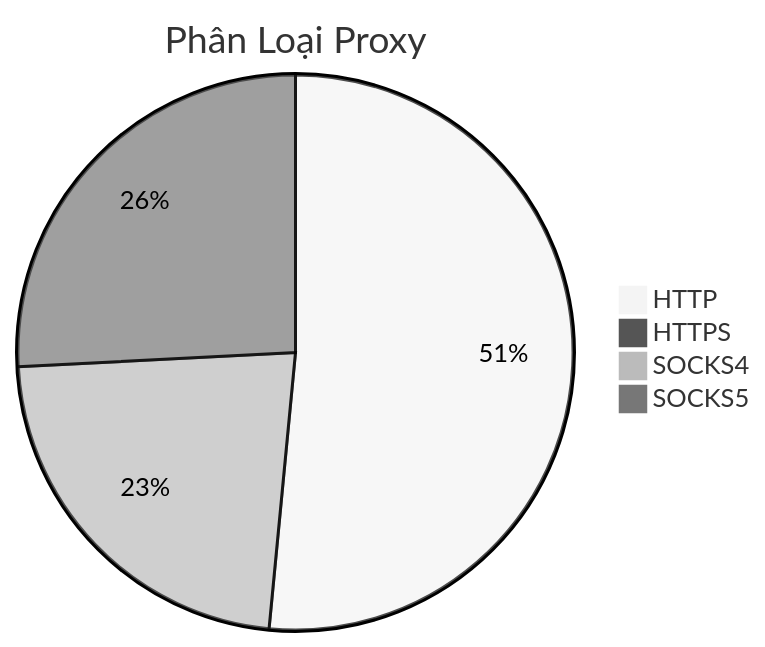
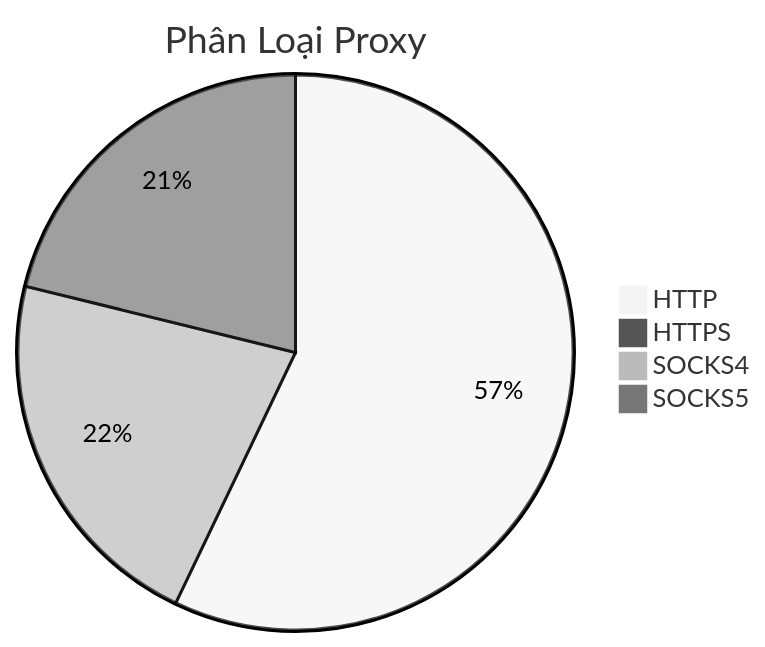
The diagram in README.md (Ciara-12/PROXY-free), drawn with Mermaid (neutral theme) before and after one commit. The commit also changed other lines of this file and 4 other files, not shown here.

````diff
--- a/README.md
+++ b/README.md
@@ -26,7 +26,7 @@
 ```mermaid
 pie title Phân Loại Proxy
-    "HTTP" : 916
-    "HTTPS" : 1
-    "SOCKS4" : 403
-    "SOCKS5" : 459
+    "HTTP" : 1211
+    "HTTPS" : 2
+    "SOCKS4" : 461
+    "SOCKS5" : 449
 ```
````
